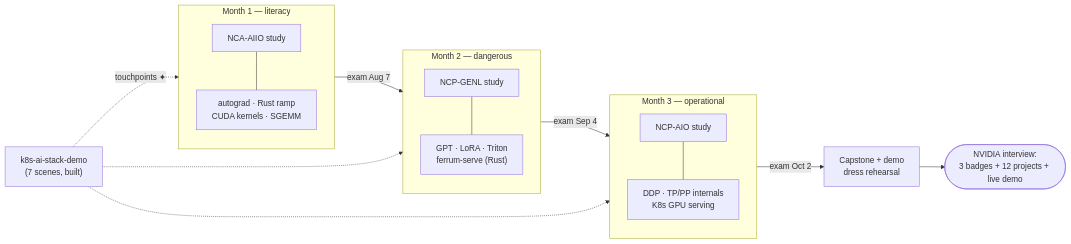
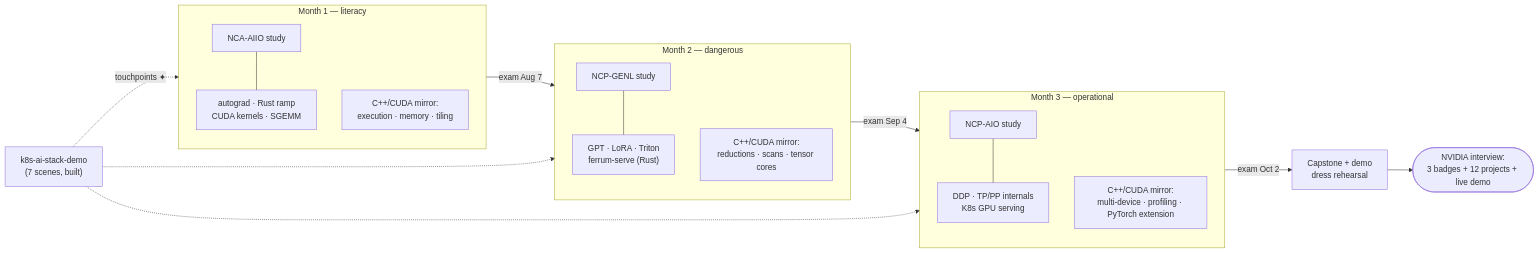
Before and after one commit to trocca/ai-infra-gpu-engineering-ramp: the diagram in MASTER-PLAN.md, drawn with Mermaid. The commit also changed other lines of this file and 74 other files, not shown here.

````diff
--- a/MASTER-PLAN.md
+++ b/MASTER-PLAN.md
@@ -16,19 +17,22 @@
 ```mermaid
 flowchart LR
     subgraph M1["Month 1 — literacy"]
         A1["NCA-AIIO study"] --- B1["autograd · Rust ramp<br/>CUDA kernels · SGEMM"]
+        C1["C++/CUDA mirror:<br/>execution · memory · tiling"]
     end
     subgraph M2["Month 2 — dangerous"]
         A2["NCP-GENL study"] --- B2["GPT · LoRA · Triton<br/>ferrum-serve (Rust)"]
+        C2["C++/CUDA mirror:<br/>reductions · scans · tensor cores"]
     end
     subgraph M3["Month 3 — operational"]
         A3["NCP-AIO study"] --- B3["DDP · TP/PP internals<br/>K8s GPU serving"]
+        C3["C++/CUDA mirror:<br/>multi-device · profiling · PyTorch extension"]
     end
     M1 -->|"exam Aug 7"| M2
     M2 -->|"exam Sep 4"| M3
     M3 -->|"exam Oct 2"| CAP["Capstone + demo<br/>dress rehearsal"]
     DEMO["k8s-ai-stack-demo<br/>(7 scenes, built)"] -.->|"touchpoints ✦"| M1
     DEMO -.-> M2
     DEMO -.-> M3
     CAP --> GOAL(["NVIDIA interview:<br/>3 badges + 12 projects + live demo"])
 ```
````
